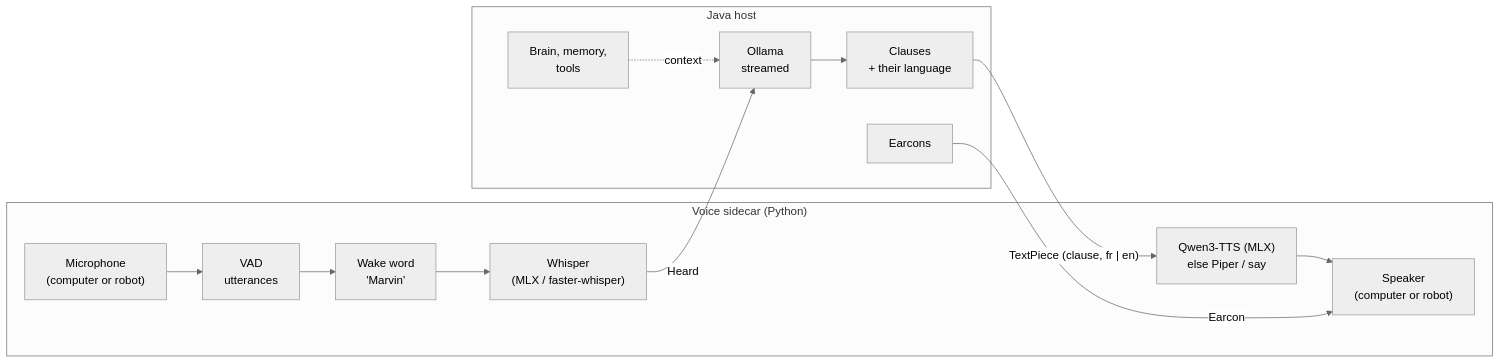
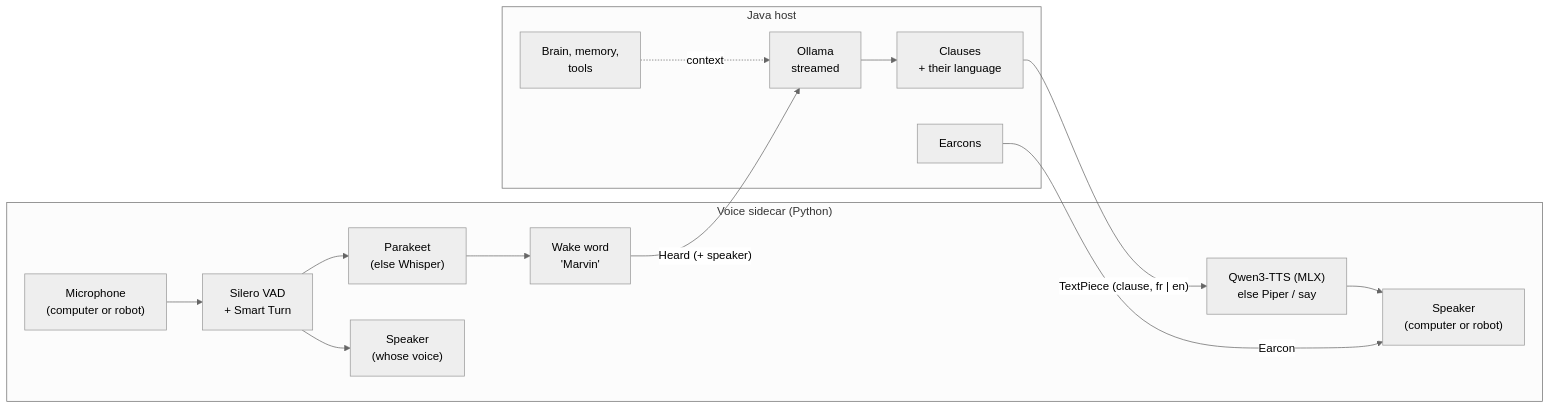
Before and after one commit to SebastienTr/Marvin: the first of 2 diagrams in docs/voice.md, drawn with Mermaid (neutral theme). The commit also changed other lines of this file and 4 other files, not shown here.

Commit message:
Docs: the new ears (Silero VAD, Smart Turn, Parakeet, names and words, why no keyword model for the wake word) and the voice calibration (your voice, the thresholds, voiceprints and their privacy), in voice, audio and app docs; changelog; notes

````diff
--- a/docs/voice.md
+++ b/docs/voice.md
@@ -10,15 +12,16 @@
 ```mermaid
 flowchart LR
   subgraph Sidecar["Voice sidecar (Python)"]
-    MIC["Microphone<br/>(computer or robot)"] --> VAD["VAD<br/>utterances"] --> WAKE["Wake word<br/>'Marvin'"] --> STT["Whisper<br/>(MLX / faster-whisper)"]
+    MIC["Microphone<br/>(computer or robot)"] --> VAD["Silero VAD<br/>+ Smart Turn"] --> STT["Parakeet<br/>(else Whisper)"] --> WAKE["Wake word<br/>'Marvin'"]
+    VAD --> SPK2["Speaker<br/>(whose voice)"]
     TTS["Qwen3-TTS (MLX)<br/>else Piper / say"] --> SPK["Speaker<br/>(computer or robot)"]
   end
   subgraph Core["Java host"]
     LLM["Ollama<br/>streamed"] --> SPLIT["Clauses<br/>+ their language"]
     BRAIN["Brain, memory,<br/>tools"] -. context .-> LLM
     EAR["Earcons"]
   end
-  STT -- "Heard" --> LLM
+  WAKE -- "Heard (+ speaker)" --> LLM
   SPLIT -- "TextPiece (clause, fr | en)" --> TTS
   EAR -- "Earcon" --> SPK
 ```
````
